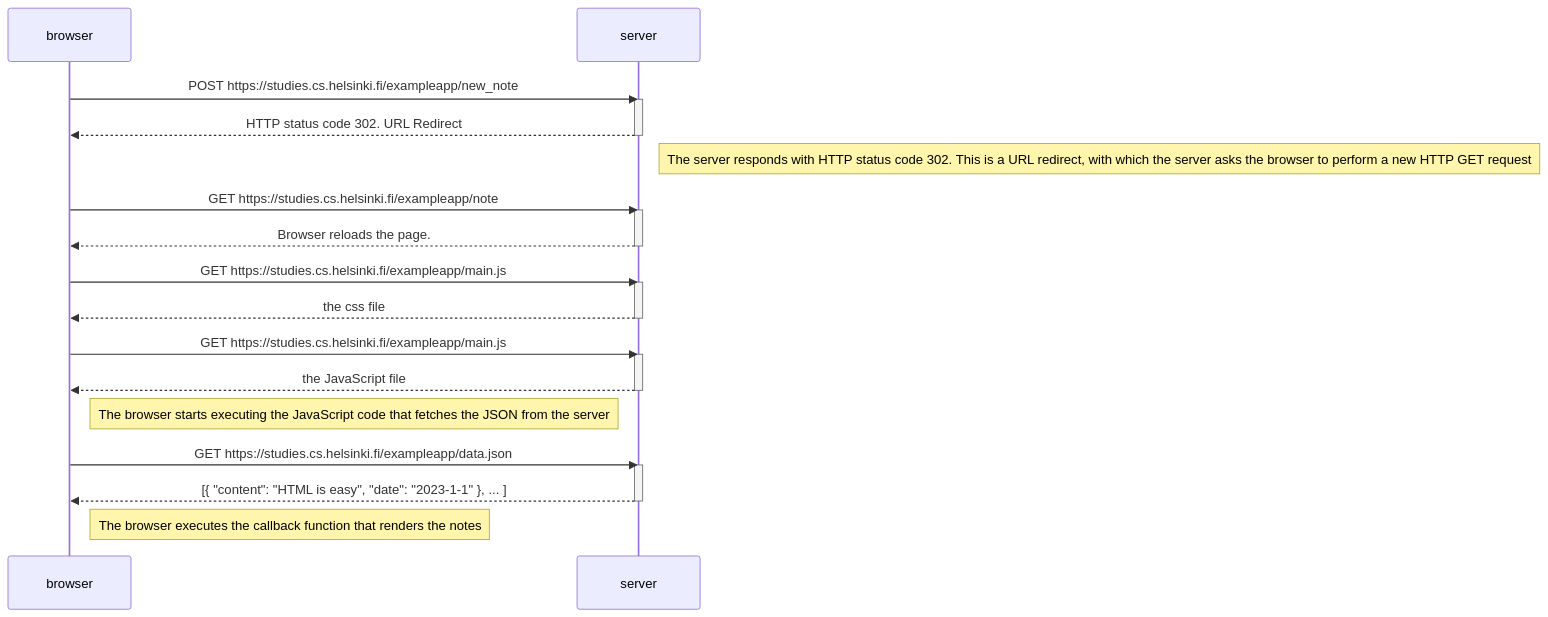
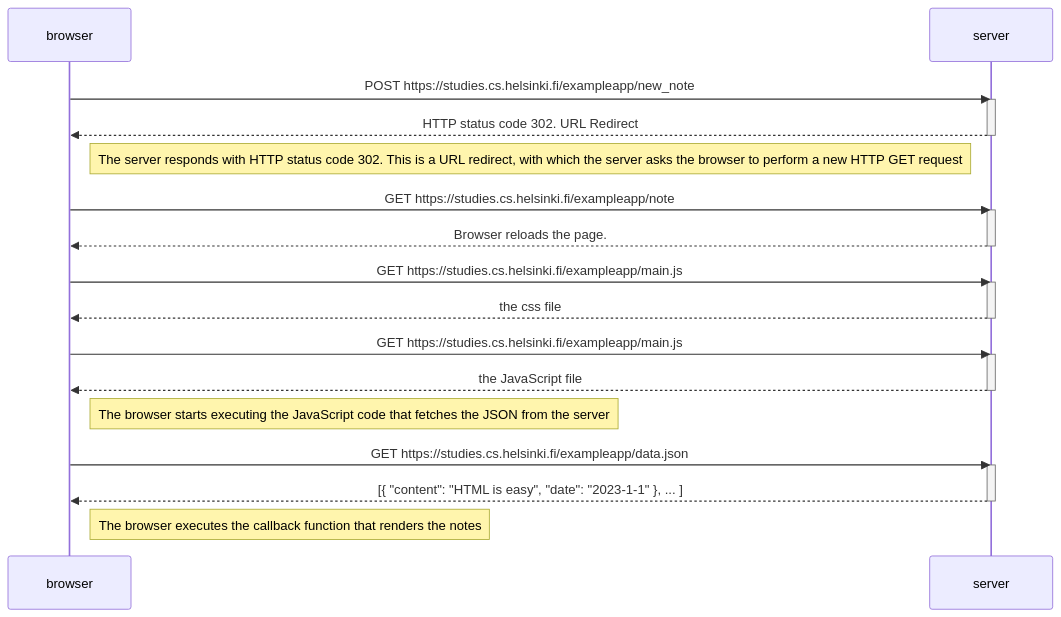
One commit to hakimks/Deep-Dive-Into-Modern-Web-Development changed the diagram in part0/Newnotediagram/New-note-diagram.md. Above: the diagram before and after it, drawn with Mermaid.

Commit message:
Correction

````diff
--- a/part0/Newnotediagram/New-note-diagram.md
+++ b/part0/Newnotediagram/New-note-diagram.md
@@ -1,38 +1,38 @@
 ```mermaid
 
 sequenceDiagram
     participant browser
     participant server
 
     browser->>server: POST https://studies.cs.helsinki.fi/exampleapp/new_note
     activate server
     server-->>browser: HTTP status code 302. URL Redirect
     deactivate server
 
-    Note right of server: The server responds with HTTP status code 302. This is a URL redirect, with which the server asks the browser to perform a new HTTP GET request
+    Note right of browser: The server responds with HTTP status code 302. This is a URL redirect, with which the server asks the browser to perform a new HTTP GET request
 
     browser->>server: GET https://studies.cs.helsinki.fi/exampleapp/note
     activate server
     server-->>browser: Browser reloads the page. 
     deactivate server
 
     browser->>server: GET https://studies.cs.helsinki.fi/exampleapp/main.js
     activate server
     server-->>browser: the css file
     deactivate server
 
     browser->>server: GET https://studies.cs.helsinki.fi/exampleapp/main.js
     activate server
     server-->>browser: the JavaScript file
     deactivate server
 
     Note right of browser: The browser starts executing the JavaScript code that fetches the JSON from the server
 
     browser->>server: GET https://studies.cs.helsinki.fi/exampleapp/data.json
     activate server
     server-->>browser: [{ "content": "HTML is easy", "date": "2023-1-1" }, ... ]
     deactivate server
 
     Note right of browser: The browser executes the callback function that renders the notes
 
 ```
````
